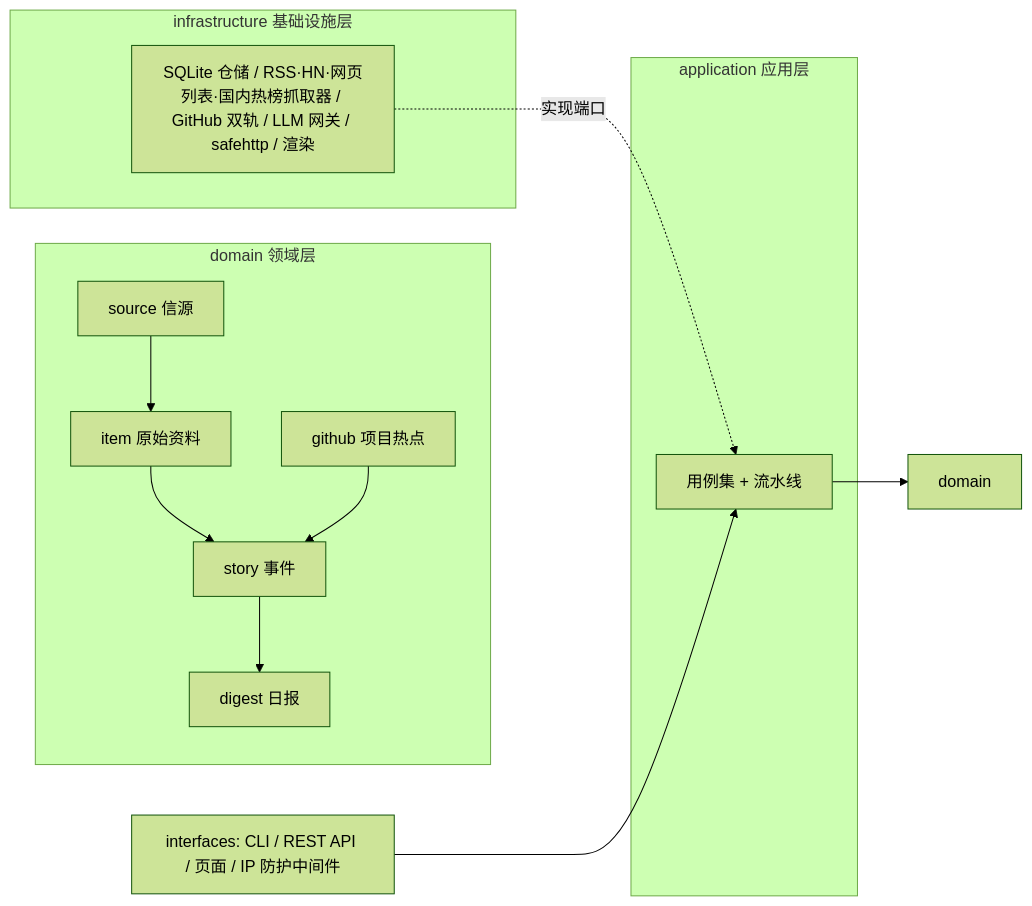
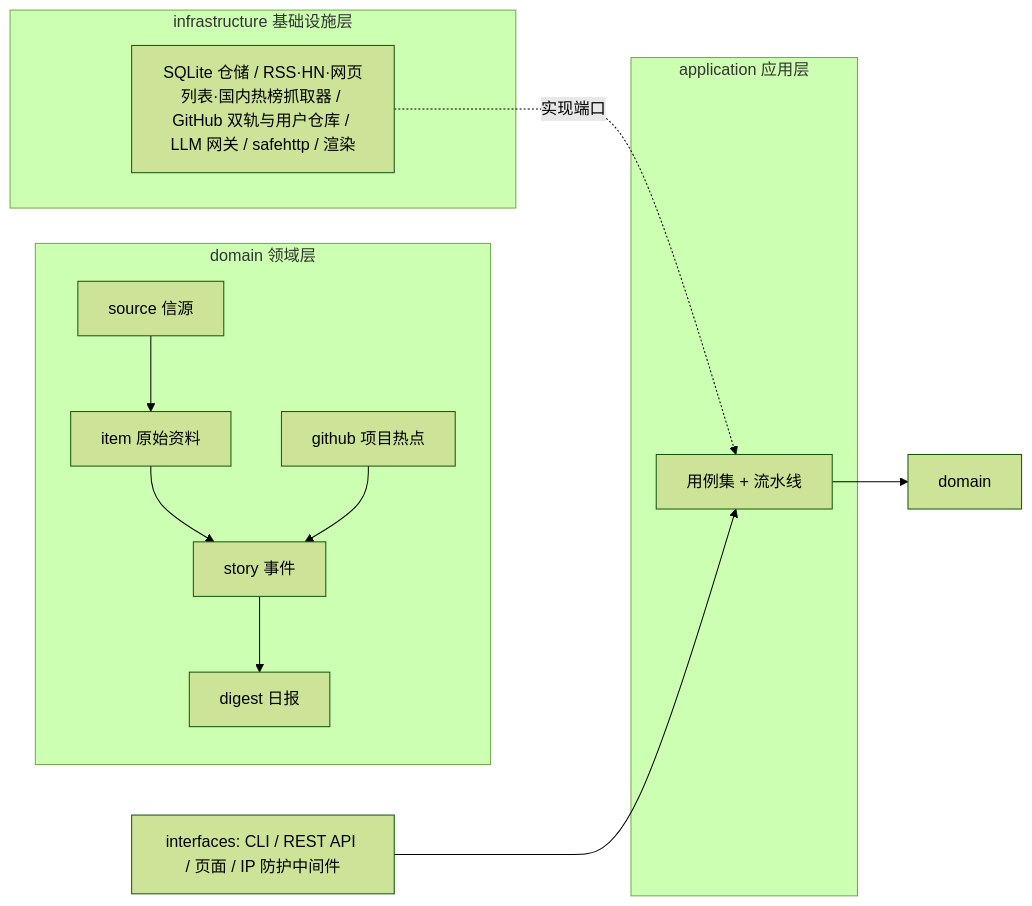
One commit to NoraStory/GithubHot changed the diagram in docs/architecture.md. Above: the diagram before and after it, drawn with Mermaid (forest theme). The commit also changed other lines of this file and 37 other files, not shown here.

````diff
--- a/docs/architecture.md
+++ b/docs/architecture.md
@@ -8,18 +8,18 @@
 ```mermaid
 graph LR
     subgraph domain 领域层
         SRC[source 信源] --> ITEM[item 原始资料]
         ITEM --> STORY[story 事件]
         GH[github 项目热点] --> STORY
         STORY --> DIG[digest 日报]
     end
     subgraph application 应用层
         UC[用例集 + 流水线]
     end
     subgraph infrastructure 基础设施层
-        AD[SQLite 仓储 / RSS·HN·网页列表·国内热榜抓取器 / GitHub 双轨 / LLM 网关 / safehttp / 渲染]
+        AD[SQLite 仓储 / RSS·HN·网页列表·国内热榜抓取器 / GitHub 双轨与用户仓库 / LLM 网关 / safehttp / 渲染]
     end
     UC --> domain
     AD -.实现端口.-> UC
     IF[interfaces: CLI / REST API / 页面 / IP 防护中间件] --> UC
 ```
````
